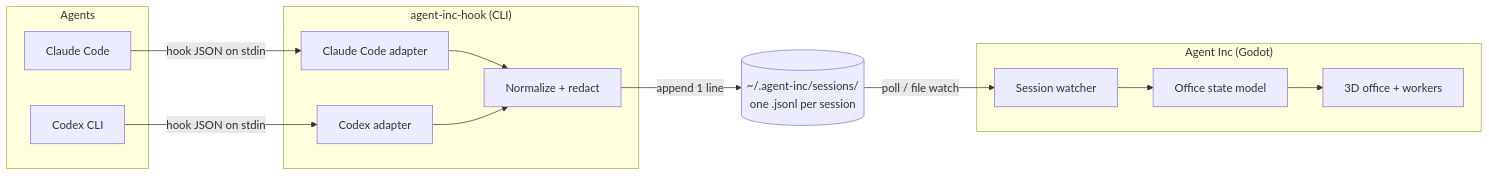
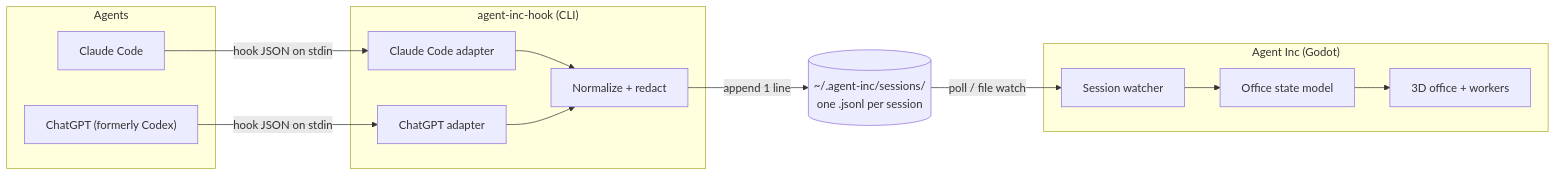
One commit to lydongcanh/agent-inc changed the diagram in docs/architecture.md. Above: the diagram before and after it, drawn with Mermaid. The commit also changed other lines of this file and 3 other files, not shown here.

````diff
--- a/docs/architecture.md
+++ b/docs/architecture.md
@@ -16,25 +16,25 @@
 ```mermaid
 flowchart LR
     subgraph Agents
         CC[Claude Code]
-        CX[Codex CLI]
+        CX["ChatGPT (formerly Codex)"]
     end
     subgraph Forwarder["agent-inc-hook (CLI)"]
         A1[Claude Code adapter]
-        A2[Codex adapter]
+        A2[ChatGPT adapter]
         N[Normalize + redact]
     end
     S[("~/.agent-inc/sessions/<br/>one .jsonl per session")]
     subgraph Game["Agent Inc (Godot)"]
         W[Session watcher]
         M[Office state model]
         V[3D office + workers]
     end
     CC -- "hook JSON on stdin" --> A1
     CX -- "hook JSON on stdin" --> A2
     A1 --> N
     A2 --> N
     N -- "append 1 line" --> S
     S -- "poll / file watch" --> W
     W --> M --> V
 ```
````
